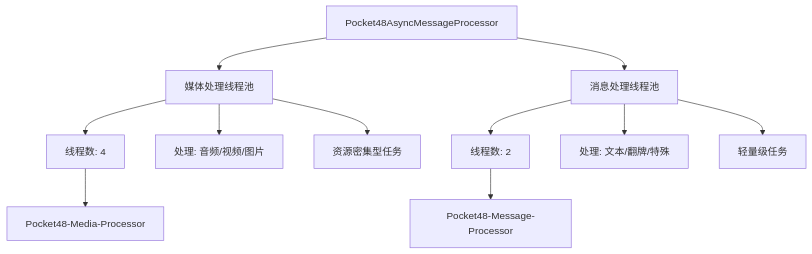
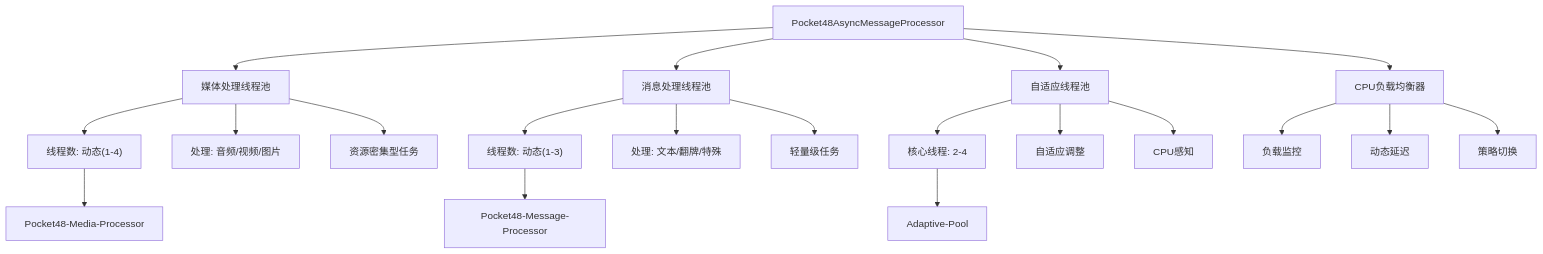
Before and after one commit to flover-luffy/newboy: the ninth of 15 diagrams in 口袋48消息详细处理流程图.md, drawn with Mermaid. The commit also changed other lines of this file and 32 other files, not shown here.

````diff
--- a/口袋48消息详细处理流程图.md
+++ b/口袋48消息详细处理流程图.md
@@ -210,16 +210,27 @@
 ```mermaid
 flowchart TD
     A[Pocket48AsyncMessageProcessor] --> B[媒体处理线程池]
     A --> C[消息处理线程池]
+    A --> D[自适应线程池]
+    A --> E[CPU负载均衡器]
     
-    B --> D[线程数: 4]
-    B --> E[处理: 音频/视频/图片]
-    B --> F[资源密集型任务]
+    B --> F["线程数: 动态(1-4)"]
+    B --> G[处理: 音频/视频/图片]
+    B --> H[资源密集型任务]
     
-    C --> G[线程数: 2]
-    C --> H[处理: 文本/翻牌/特殊]
-    C --> I[轻量级任务]
+    C --> I["线程数: 动态(1-3)"]
+    C --> J[处理: 文本/翻牌/特殊]
+    C --> K[轻量级任务]
     
-    D --> J[Pocket48-Media-Processor]
-    G --> K[Pocket48-Message-Processor]
+    D --> L["核心线程: 2-4"]
+    D --> M["自适应调整"]
+    D --> N["CPU感知"]
+    
+    E --> O["负载监控"]
+    E --> P["动态延迟"]
+    E --> Q["策略切换"]
+    
+    F --> R[Pocket48-Media-Processor]
+    I --> S[Pocket48-Message-Processor]
+    L --> T[Adaptive-Pool]
 ```
````
